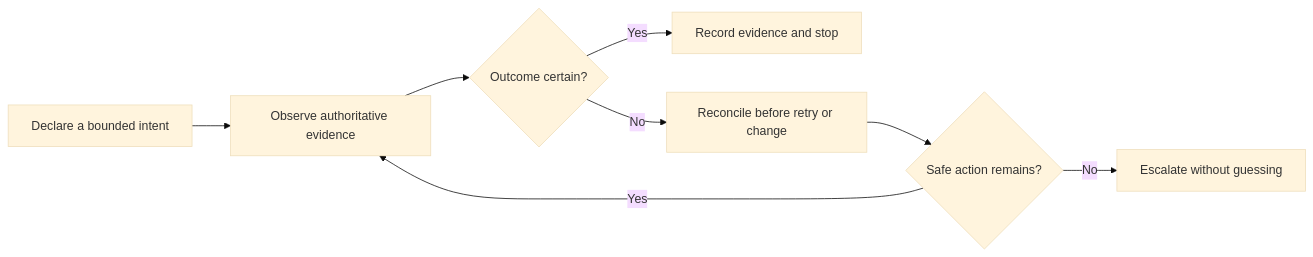
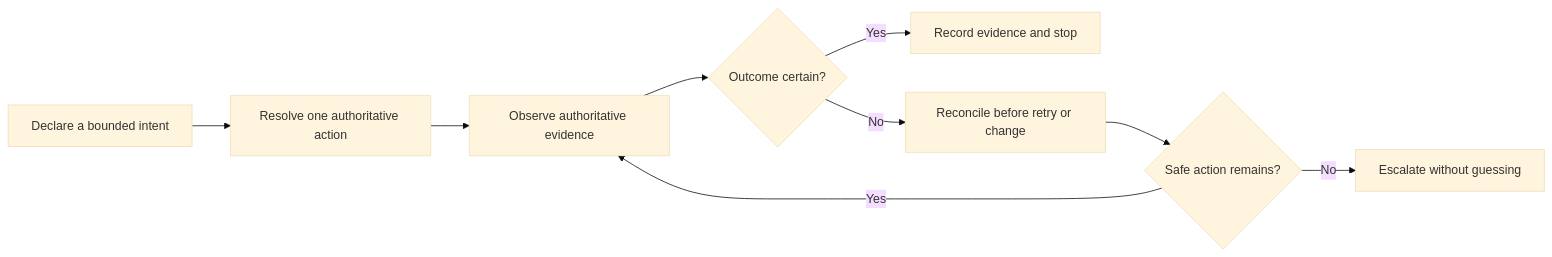
One commit to Jnapier2/automation-reliability-case-studies changed the diagram in README.md. Above: the diagram before and after it, drawn with Mermaid (base theme). The commit also changed other lines of this file and 4 other files, not shown here.

````diff
--- a/README.md
+++ b/README.md
@@ -54,10 +57,11 @@
 ```mermaid
 flowchart LR
-    A["Declare a bounded intent"] --> B["Observe authoritative evidence"]
-    B --> C{"Outcome certain?"}
-    C -- "Yes" --> D["Record evidence and stop"]
-    C -- "No" --> E["Reconcile before retry or change"]
-    E --> F{"Safe action remains?"}
-    F -- "Yes" --> B
-    F -- "No" --> G["Escalate without guessing"]
+    A["Declare a bounded intent"] --> B["Resolve one authoritative action"]
+    B --> C["Observe authoritative evidence"]
+    C --> D{"Outcome certain?"}
+    D -- "Yes" --> E["Record evidence and stop"]
+    D -- "No" --> F["Reconcile before retry or change"]
+    F --> G{"Safe action remains?"}
+    G -- "Yes" --> C
+    G -- "No" --> H["Escalate without guessing"]
 ```
````
